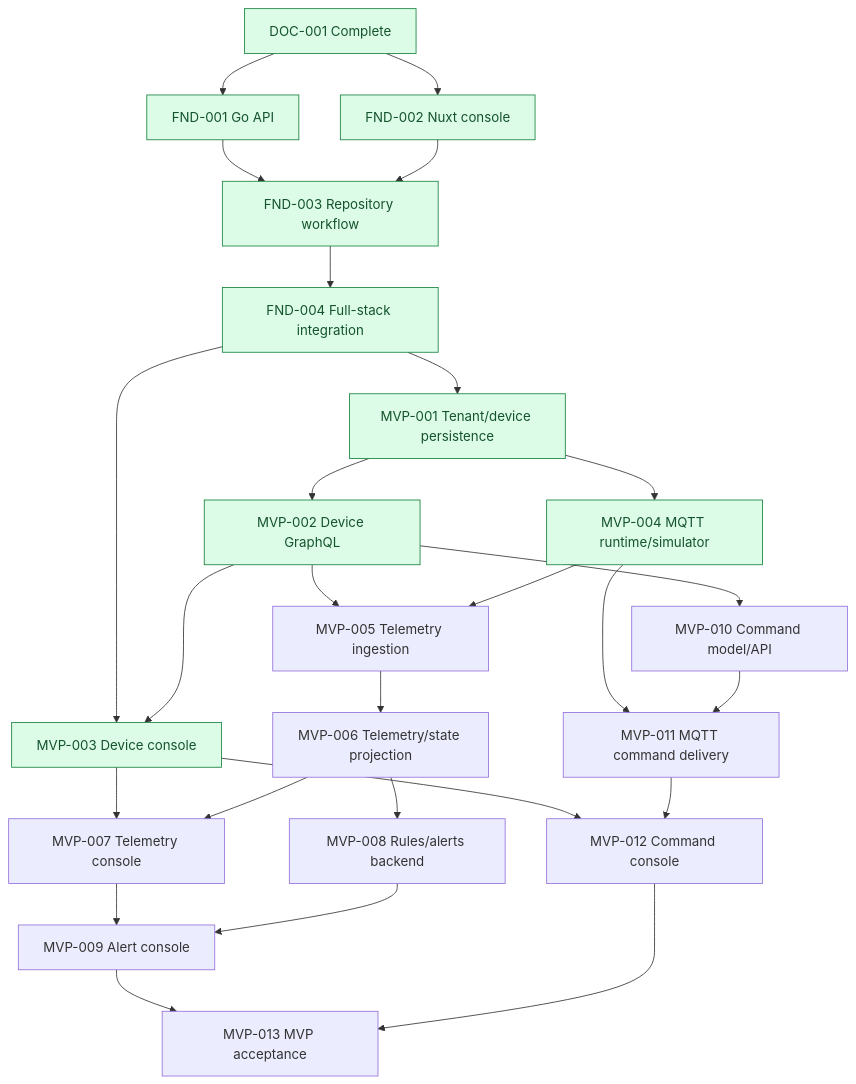
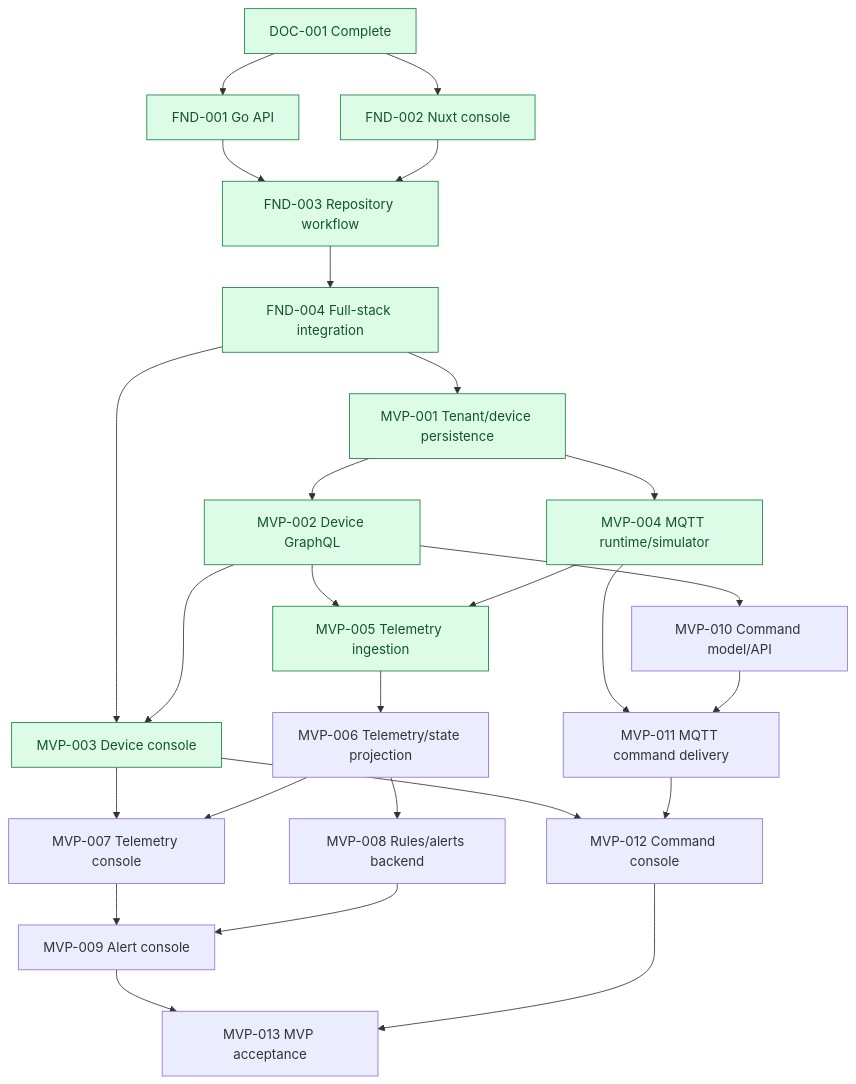
The second of 2 diagrams in docs/roadmap/roadmap.md (methat-ruk/pulsegrid), drawn with Mermaid before and after one commit. The commit also changed other lines of this file and 4 other files, not shown here.

````diff
--- a/docs/roadmap/roadmap.md
+++ b/docs/roadmap/roadmap.md
@@ -49,45 +49,46 @@
 ```mermaid
 flowchart TD
     DOC001[DOC-001 Complete] --> FND001[FND-001 Go API]
     DOC001 --> FND002[FND-002 Nuxt console]
     FND001 --> FND003[FND-003 Repository workflow]
     FND002 --> FND003
     FND003 --> FND004[FND-004 Full-stack integration]
 
     FND004 --> MVP001[MVP-001 Tenant/device persistence]
     MVP001 --> MVP002[MVP-002 Device GraphQL]
     FND004 --> MVP003[MVP-003 Device console]
     MVP002 --> MVP003
 
     MVP001 --> MVP004[MVP-004 MQTT runtime/simulator]
     MVP002 --> MVP005[MVP-005 Telemetry ingestion]
     MVP004 --> MVP005
     MVP005 --> MVP006[MVP-006 Telemetry/state projection]
     MVP003 --> MVP007[MVP-007 Telemetry console]
     MVP006 --> MVP007
 
     MVP006 --> MVP008[MVP-008 Rules/alerts backend]
     MVP007 --> MVP009[MVP-009 Alert console]
     MVP008 --> MVP009
 
     MVP002 --> MVP010[MVP-010 Command model/API]
     MVP004 --> MVP011[MVP-011 MQTT command delivery]
     MVP010 --> MVP011
     MVP003 --> MVP012[MVP-012 Command console]
     MVP011 --> MVP012
 
     MVP009 --> MVP013[MVP-013 MVP acceptance]
     MVP012 --> MVP013
 
     classDef complete fill:#DCFCE7,stroke:#15803D,color:#14532D;
     classDef progress fill:#FEF3C7,stroke:#B45309,color:#78350F;
     class DOC001 complete;
     class FND001 complete;
     class FND002 complete;
     class FND003 complete;
     class FND004 complete;
     class MVP001 complete;
     class MVP002 complete;
     class MVP003 complete;
     class MVP004 complete;
+    class MVP005 complete;
 ```
````
